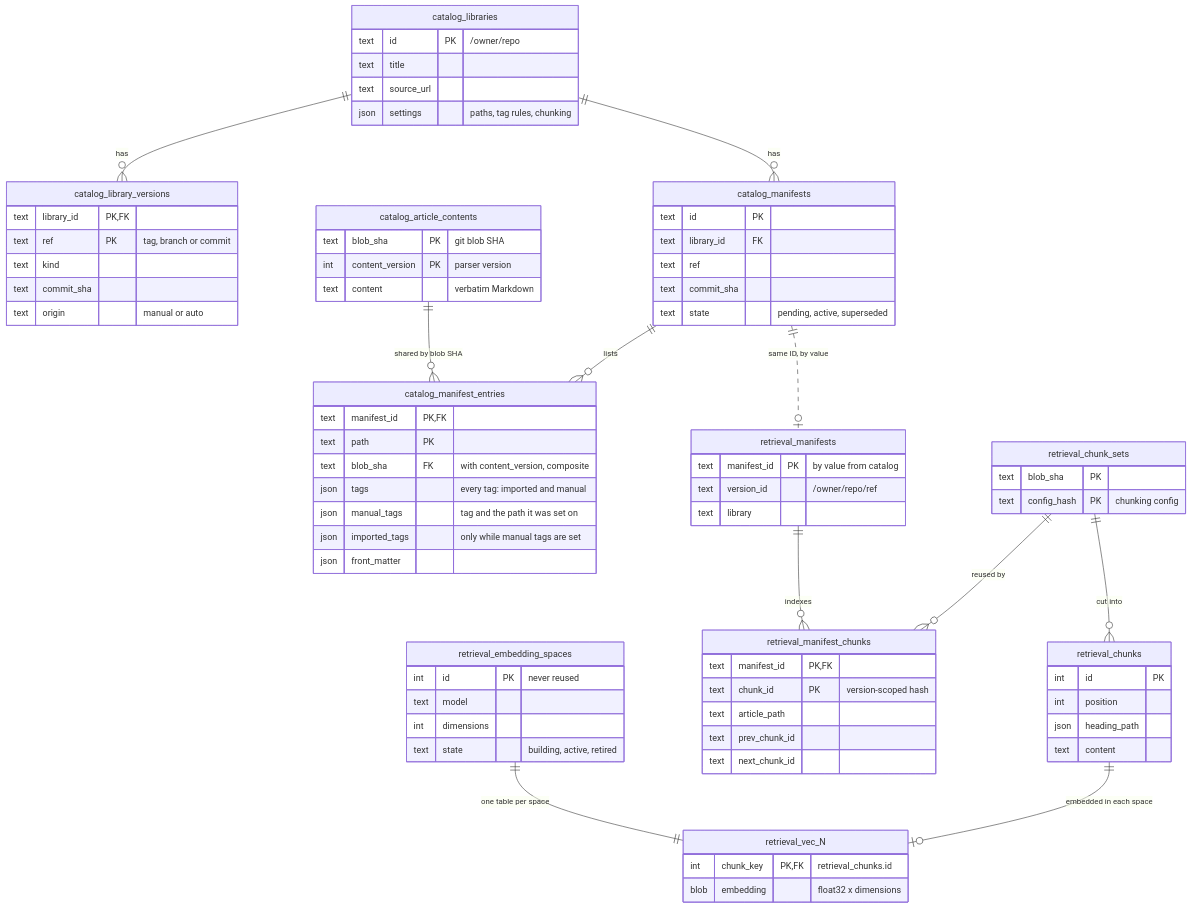
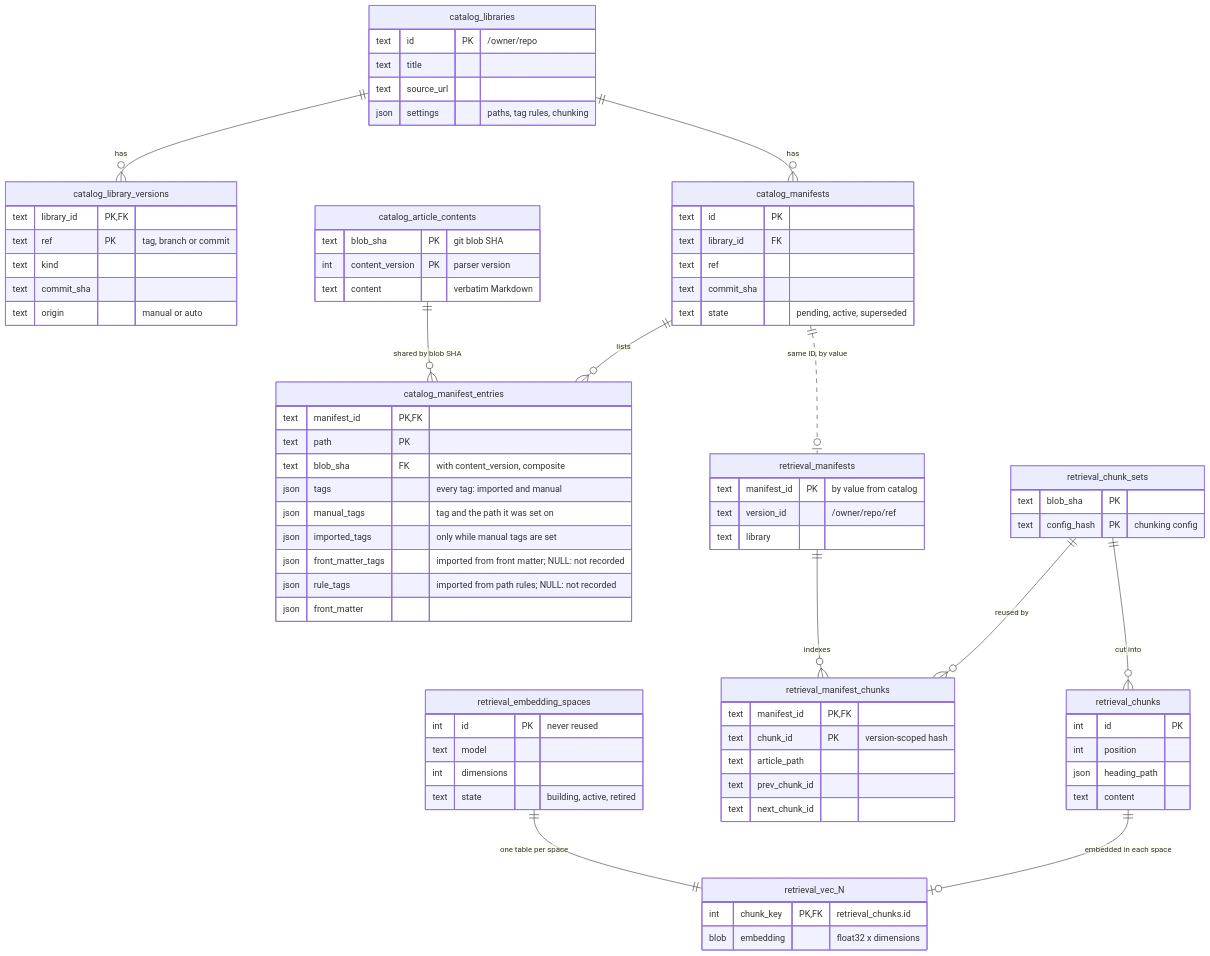
Before and after one commit to SirCypkowskyy/ExactDocs: the second of 5 diagrams in docs/architecture.md, drawn with Mermaid. The commit also changed other lines of this file and 43 other files, not shown here.

```diff
--- a/docs/architecture.md
+++ b/docs/architecture.md
@@ -478,6 +481,8 @@
         json tags "every tag: imported and manual"
         json manual_tags "tag and the path it was set on"
         json imported_tags "only while manual tags are set"
+        json front_matter_tags "imported from front matter; NULL: not recorded"
+        json rule_tags "imported from path rules; NULL: not recorded"
         json front_matter
     }
     catalog_article_contents {
```
